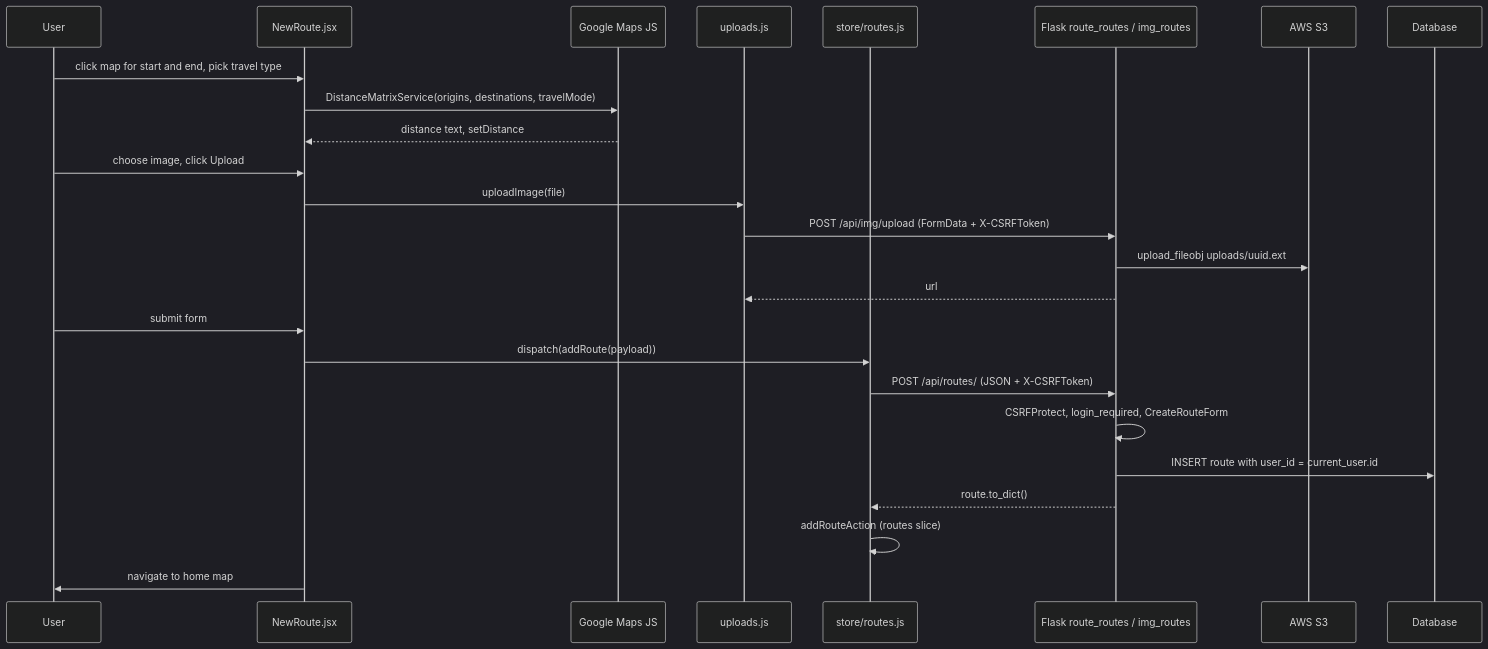
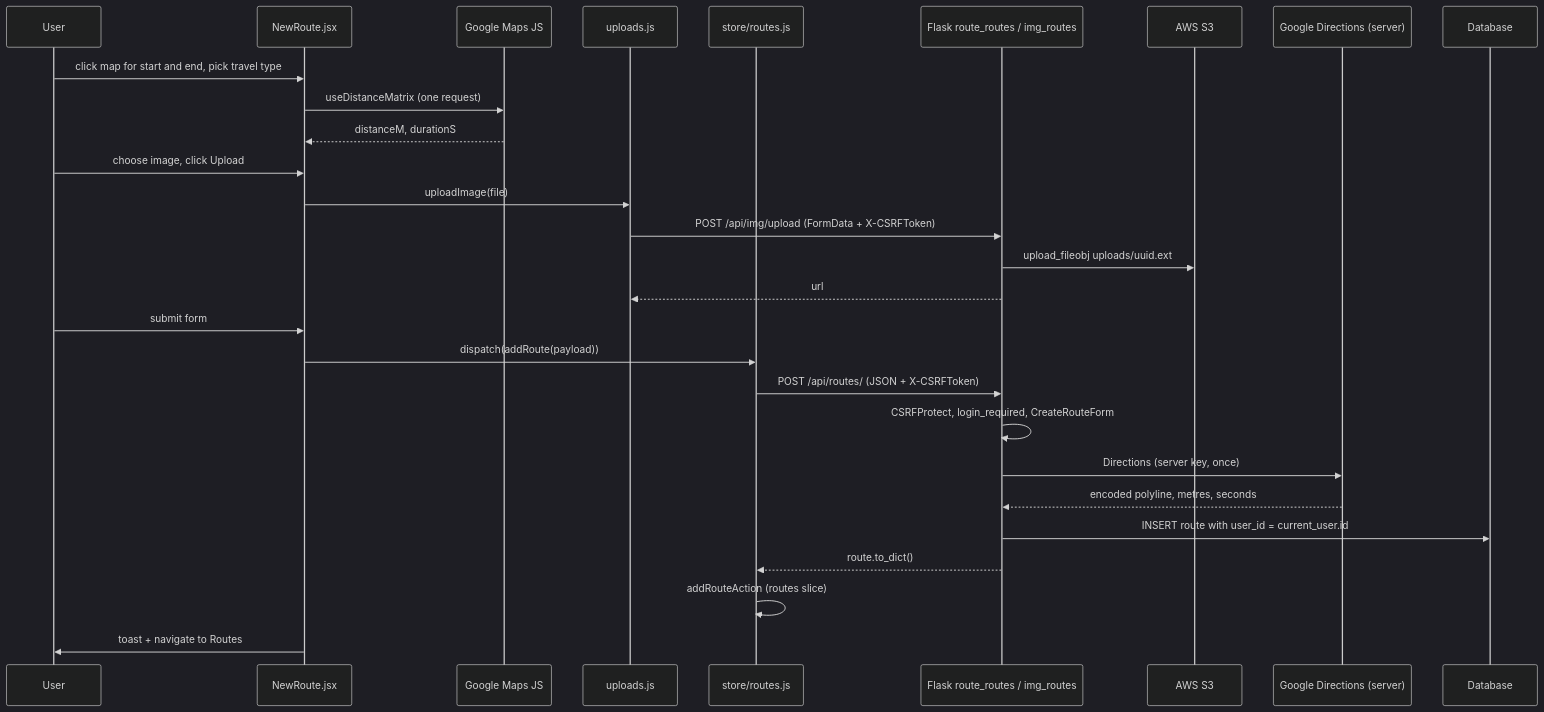
The fourth of 4 diagrams in docs/WALKTHROUGH.md (tyler-tor/Aktiv), drawn with Mermaid (dark theme) before and after one commit. The commit also changed other lines of this file and 1 other file, not shown here.

````diff
--- a/docs/WALKTHROUGH.md
+++ b/docs/WALKTHROUGH.md
@@ -618,28 +652,31 @@
 ```mermaid
 sequenceDiagram
     participant U as User
     participant NR as NewRoute.jsx
     participant G as Google Maps JS
     participant UP as uploads.js
     participant RS as store/routes.js
     participant F as Flask route_routes / img_routes
     participant S3 as AWS S3
+    participant G2 as Google Directions (server)
     participant DB as Database
 
     U->>NR: click map for start and end, pick travel type
-    NR->>G: DistanceMatrixService(origins, destinations, travelMode)
-    G-->>NR: distance text, setDistance
+    NR->>G: useDistanceMatrix (one request)
+    G-->>NR: distanceM, durationS
     U->>NR: choose image, click Upload
     NR->>UP: uploadImage(file)
     UP->>F: POST /api/img/upload (FormData + X-CSRFToken)
     F->>S3: upload_fileobj uploads/uuid.ext
     F-->>UP: url
     U->>NR: submit form
     NR->>RS: dispatch(addRoute(payload))
     RS->>F: POST /api/routes/ (JSON + X-CSRFToken)
     F->>F: CSRFProtect, login_required, CreateRouteForm
+    F->>G2: Directions (server key, once)
+    G2-->>F: encoded polyline, metres, seconds
     F->>DB: INSERT route with user_id = current_user.id
     F-->>RS: route.to_dict()
     RS->>RS: addRouteAction (routes slice)
-    NR->>U: navigate to home map
+    NR->>U: toast + navigate to Routes
 ```
````
